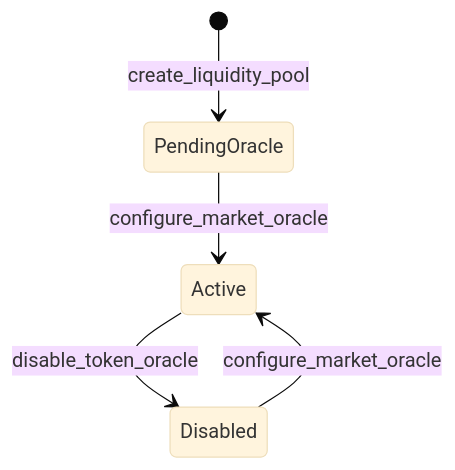
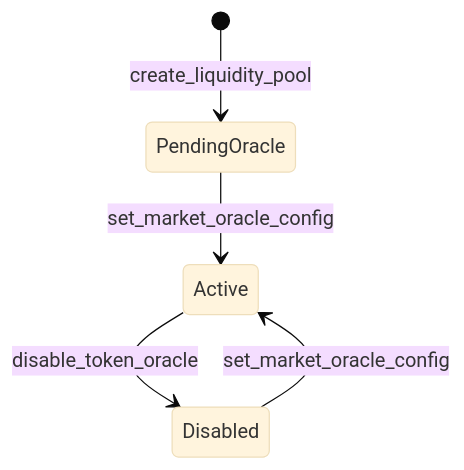
Before and after one commit to XOXNO/rs-lending-xlm: the third of 14 diagrams in SCF_BUILD_ARCHITECTURE.md, drawn with Mermaid (base theme). The commit also changed other lines of this file and 35 other files, not shown here.

````diff
--- a/SCF_BUILD_ARCHITECTURE.md
+++ b/SCF_BUILD_ARCHITECTURE.md
@@ -263,7 +307,7 @@
 ```mermaid
 stateDiagram-v2
     [*] --> PendingOracle: create_liquidity_pool
-    PendingOracle --> Active: configure_market_oracle
+    PendingOracle --> Active: set_market_oracle_config
     Active --> Disabled: disable_token_oracle
-    Disabled --> Active: configure_market_oracle
+    Disabled --> Active: set_market_oracle_config
 ```
````
